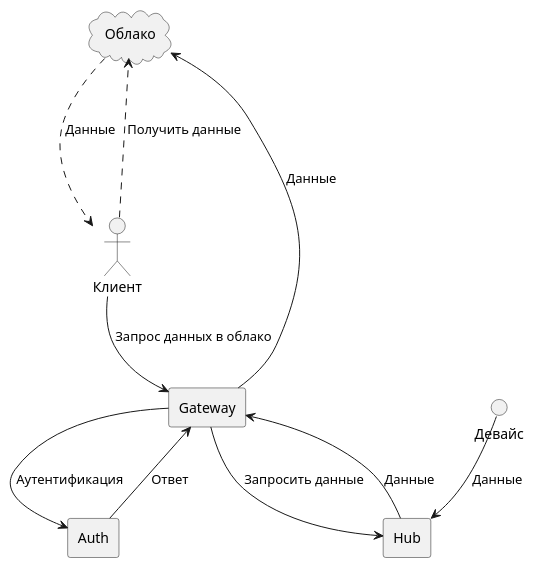
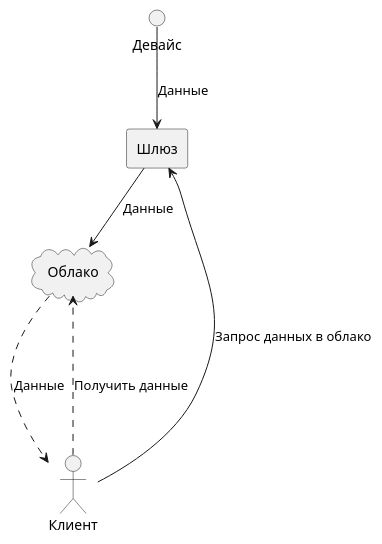
Before and after one commit to SPBU-gateway/artefacts: the diagram in diagrams/context/context.puml, drawn with PlantUML. The commit also changed 1 other file, not shown here.

```diff
--- a/diagrams/context/context.puml
+++ b/diagrams/context/context.puml
@@ -1,18 +1,12 @@
 @startuml
+circle Девайс as device
+rectangle Шлюз as gateway
+actor Клиент as user
 cloud Облако as cloud
-actor Клиент as user
-rectangle Auth as auth
-rectangle Gateway as gateway
-rectangle Hub as hub
-circle Девайс as device1
 
 user --> gateway : Запрос данных в облако
 gateway --> cloud : Данные
-device1 --> hub : Данные
-gateway --> hub : Запросить данные
-hub --> gateway : Данные
-gateway --> auth : Аутентификация
-auth --> gateway : Ответ
+device --> gateway : Данные
 user -..> cloud : Получить данные
 cloud -..> user : Данные
 @enduml
```
